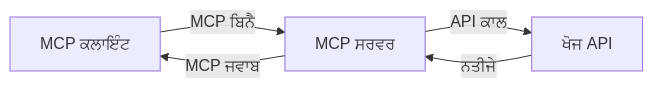
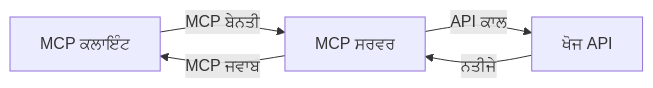
Before and after one commit to microsoft/mcp-for-beginners: the second of 4 diagrams in translations/pa/05-AdvancedTopics/mcp-realtimesearch/README.md, drawn with Mermaid. The commit also changed other lines of this file and 129 other files, not shown here.

````diff
--- a/translations/pa/05-AdvancedTopics/mcp-realtimesearch/README.md
+++ b/translations/pa/05-AdvancedTopics/mcp-realtimesearch/README.md
@@ -598,7 +600,7 @@
 ```mermaid
 graph LR
-    Client[MCP ਕਲਾਇੰਟ] --> |MCP ਬਿਨੈ| Server[MCP ਸਰਵਰ]
+    Client[MCP ਕਲਾਇੰਟ] --> |MCP ਬੇਨਤੀ| Server[MCP ਸਰਵਰ]
     Server --> |API ਕਾਲ| SearchAPI[ਖੋਜ API]
     SearchAPI --> |ਨਤੀਜੇ| Server
     Server --> |MCP ਜਵਾਬ| Client
 ```
````
